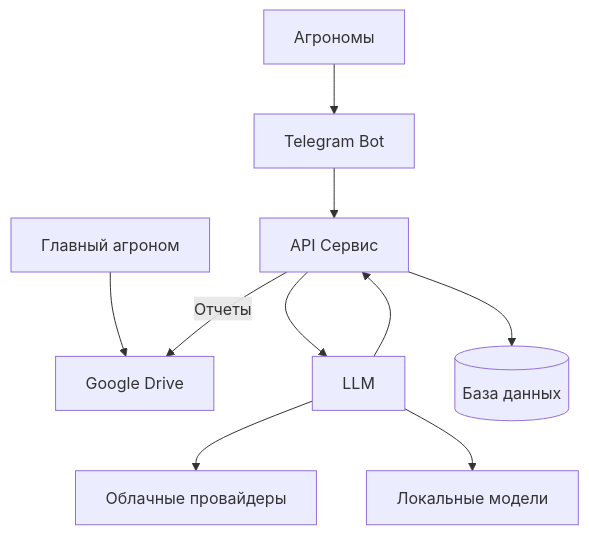
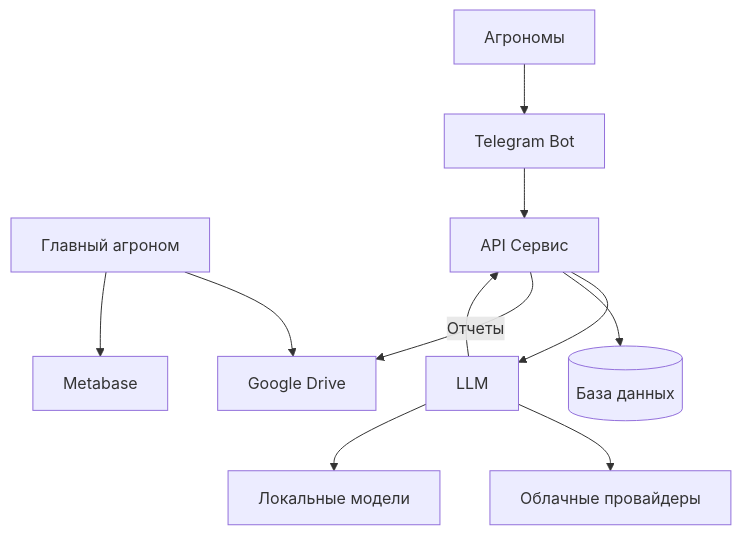
The diagram in README.md (airndlab/hacks-llm-coding-challenge-agromate), drawn with Mermaid before and after one commit. The commit also changed other lines of this file, not shown here.

````diff
--- a/README.md
+++ b/README.md
@@ -53,19 +55,20 @@
 ```mermaid
 graph TD
     %% Внешние клиенты
     A[Агрономы] --> B[Telegram Bot]
     
     I[Главный агроном] --> G
 
     %% Основные компоненты системы
     B -->C[API Сервис]
     C -->D[LLM]
     D -->J[Облачные провайдеры]
     D -->K[Локальные модели]
 
     D -->C
     C -->E[(База данных)]
     
     %% Экспорт и аналитика
     C -->|Отчеты| G[Google Drive]
+    I -->T[Metabase]
 ```
````
